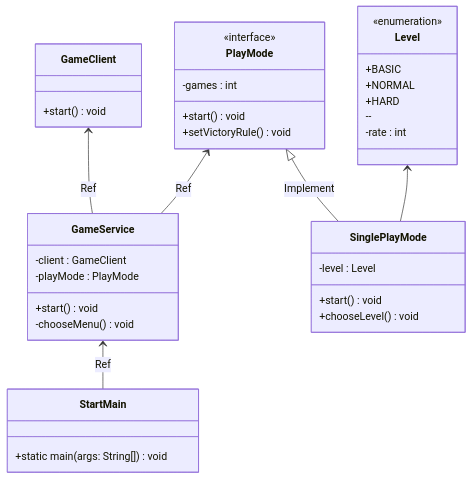
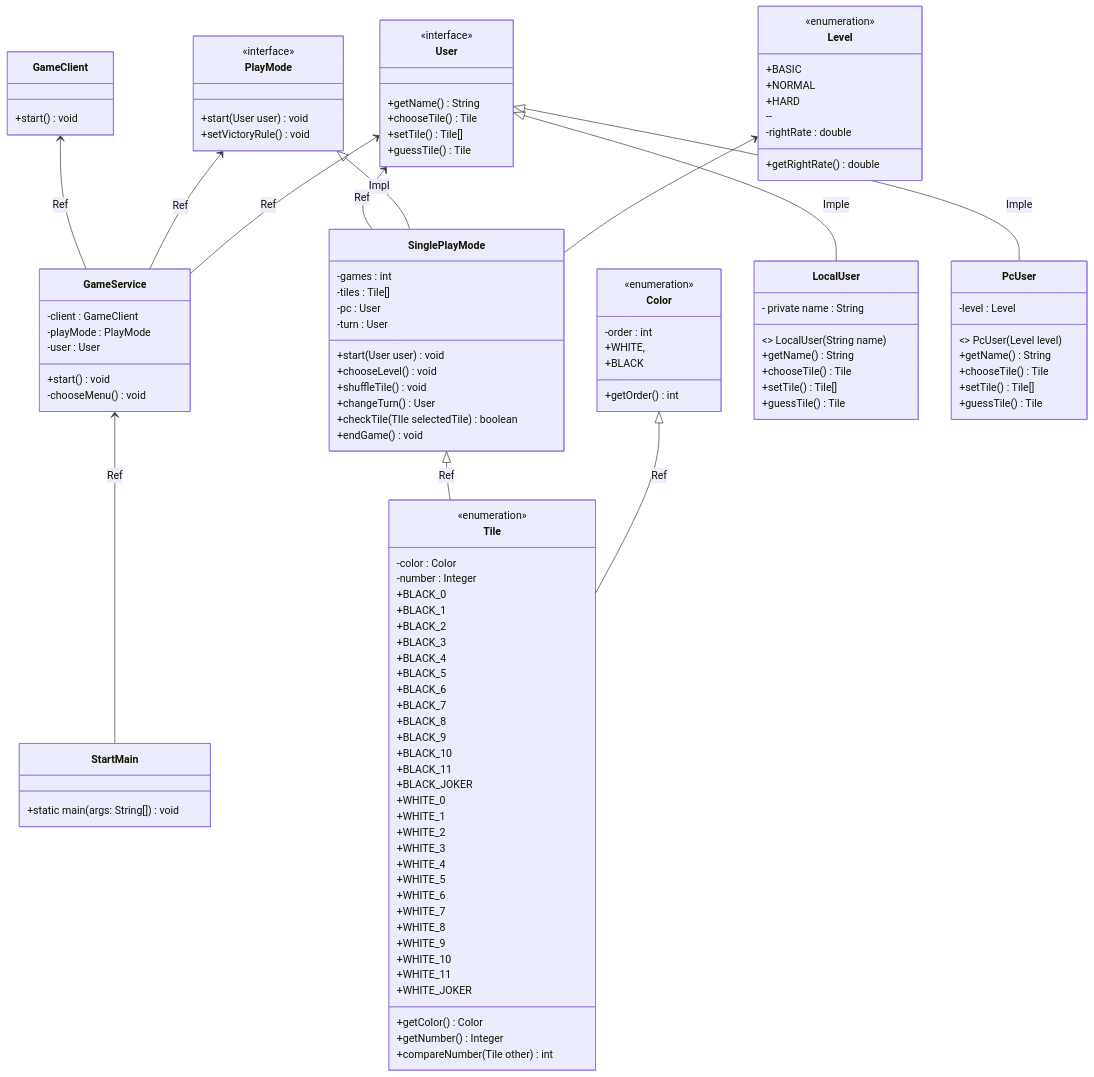
Before and after one commit to cheoljundev/console-da-vinci-code-the-game: the diagram in readme.md, drawn with Mermaid.

Commit message:
클래스 다이어그램 작성중 : 싱글 게임 완료

````diff
--- a/readme.md
+++ b/readme.md
@@ -29,21 +29,71 @@
     class GameService {
         -client : GameClient
         -playMode : PlayMode
+        -user : User
         +start() void
         -chooseMenu() void
     }
 
     class PlayMode {
         <<interface>>
-        -games : int
-        +start() void
+        +start(User user) void
         +setVictoryRule() void
     }
     
     class SinglePlayMode {
-        -level : Level
-        +start() void
+        -games : int
+        -tiles : Tile[]
+        -pc : User
+        -turn : User
+        +start(User user) void
         +chooseLevel() void
+        +shuffleTile() void
+        +changeTurn() User
+        +checkTile(TIle selectedTile) boolean
+        +endGame() void
+    }
+    
+    class Tile {
+        <<enumeration>>
+        -color : Color
+        -number : Integer
+        +BLACK_0
+        +BLACK_1
+        +BLACK_2
+        +BLACK_3
+        +BLACK_4
+        +BLACK_5
+        +BLACK_6
+        +BLACK_7
+        +BLACK_8
+        +BLACK_9
+        +BLACK_10
+        +BLACK_11
+        +BLACK_JOKER
+        +WHITE_0
+        +WHITE_1
+        +WHITE_2
+        +WHITE_3
+        +WHITE_4
+        +WHITE_5
+        +WHITE_6
+        +WHITE_7
+        +WHITE_8
+        +WHITE_9
+        +WHITE_10
+        +WHITE_11
+        +WHITE_JOKER
+        +getColor() Color
+        +getNumber() Integer
+        +compareNumber(Tile other) int
+    }
+    
+    class Color {
+        <<enumeration>>
+        -order : int
+        +WHITE,
+        +BLACK
+        +getOrder() int
     }
     
     class Level {
@@ -52,12 +102,45 @@
         +NORMAL
         +HARD
         --
-        -rate : int
+        -rightRate : double
+        +getRightRate() double
+    }
+    
+    class User {
+        <<interface>>
+        +getName() String
+        +chooseTile() Tile
+        +setTile() Tile[]
+        +guessTile() Tile
+    }
+    
+    class LocalUser {
+      - private name : String
+      <<constructor>> LocalUser(String name)
+      +getName() String
+      +chooseTile() Tile
+      +setTile() Tile[]
+      +guessTile() Tile
+    }
+    
+    class PcUser {
+      -level : Level
+      <<constructor>> PcUser(Level level)
+      +getName() String
+      +chooseTile() Tile
+      +setTile() Tile[]
+      +guessTile() Tile
     }
 
     GameService <-- StartMain : Ref
     GameClient <-- GameService : Ref
     PlayMode <-- GameService : Ref
-    PlayMode <|-- SinglePlayMode : Implement
+    User <|-- LocalUser : Imple
+    User <|-- PcUser : Imple
+    User <-- GameService : Ref
+    User <-- SinglePlayMode : Ref
+    SinglePlayMode <|-- Tile : Ref
+    Color <|-- Tile : Ref
+    PlayMode <|-- SinglePlayMode : Impl
     Level <-- SinglePlayMode
 ```
````
